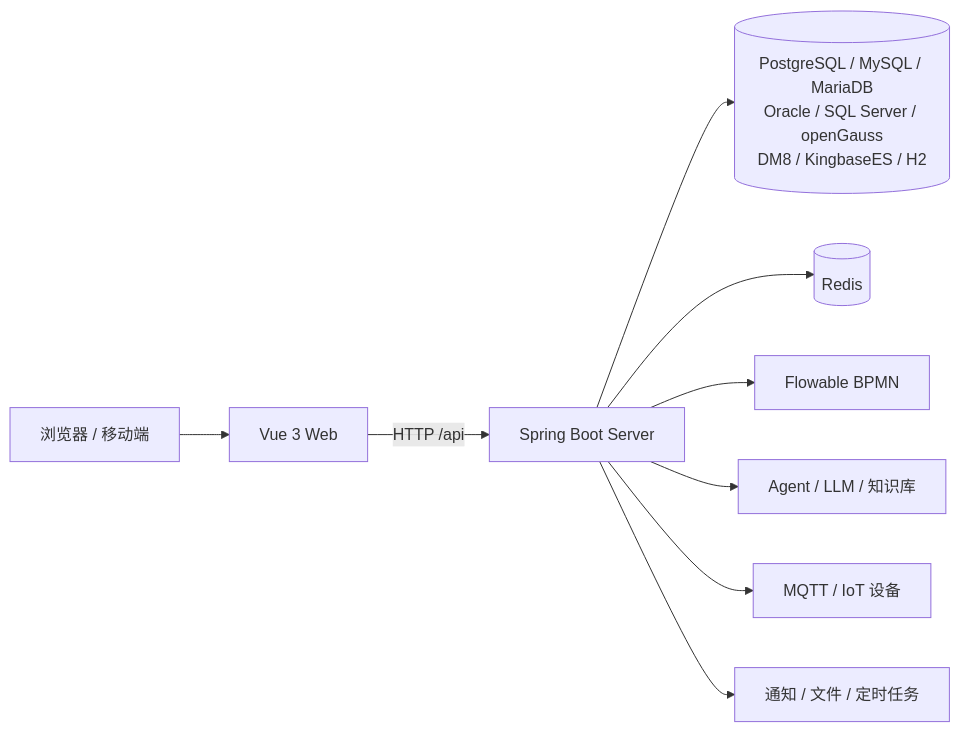
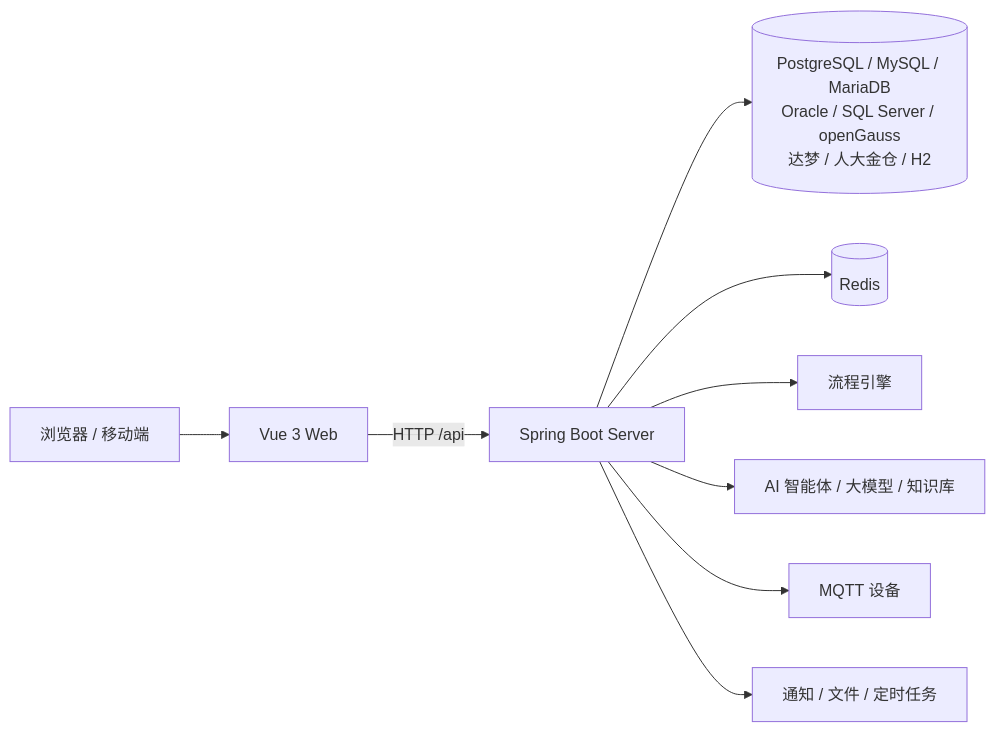
Before and after one commit to Chikaaho/Smart-WorkFlow-Agent-Workspace: the diagram in README.md, drawn with Mermaid. The commit also changed other lines of this file, not shown here.

````diff
--- a/README.md
+++ b/README.md
@@ -57,11 +53,11 @@
 ```mermaid
 flowchart LR
   U[浏览器 / 移动端] --> W[Vue 3 Web]
   W -->|HTTP /api| S[Spring Boot Server]
-  S --> DB[(PostgreSQL / MySQL / MariaDB<br/>Oracle / SQL Server / openGauss<br/>DM8 / KingbaseES / H2)]
+  S --> DB[(PostgreSQL / MySQL / MariaDB<br/>Oracle / SQL Server / openGauss<br/>达梦 / 人大金仓 / H2)]
   S --> R[(Redis)]
-  S --> F[Flowable BPMN]
-  S --> A[Agent / LLM / 知识库]
-  S --> M[MQTT / IoT 设备]
+  S --> F[流程引擎]
+  S --> A[AI 智能体 / 大模型 / 知识库]
+  S --> M[MQTT 设备]
   S --> N[通知 / 文件 / 定时任务]
 ```
````
